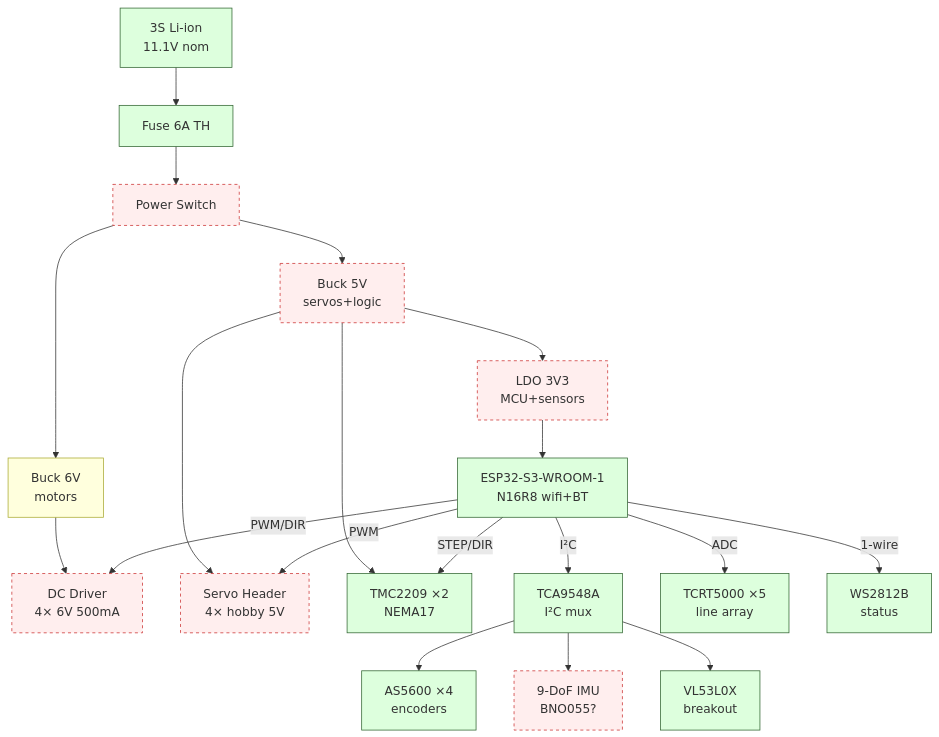
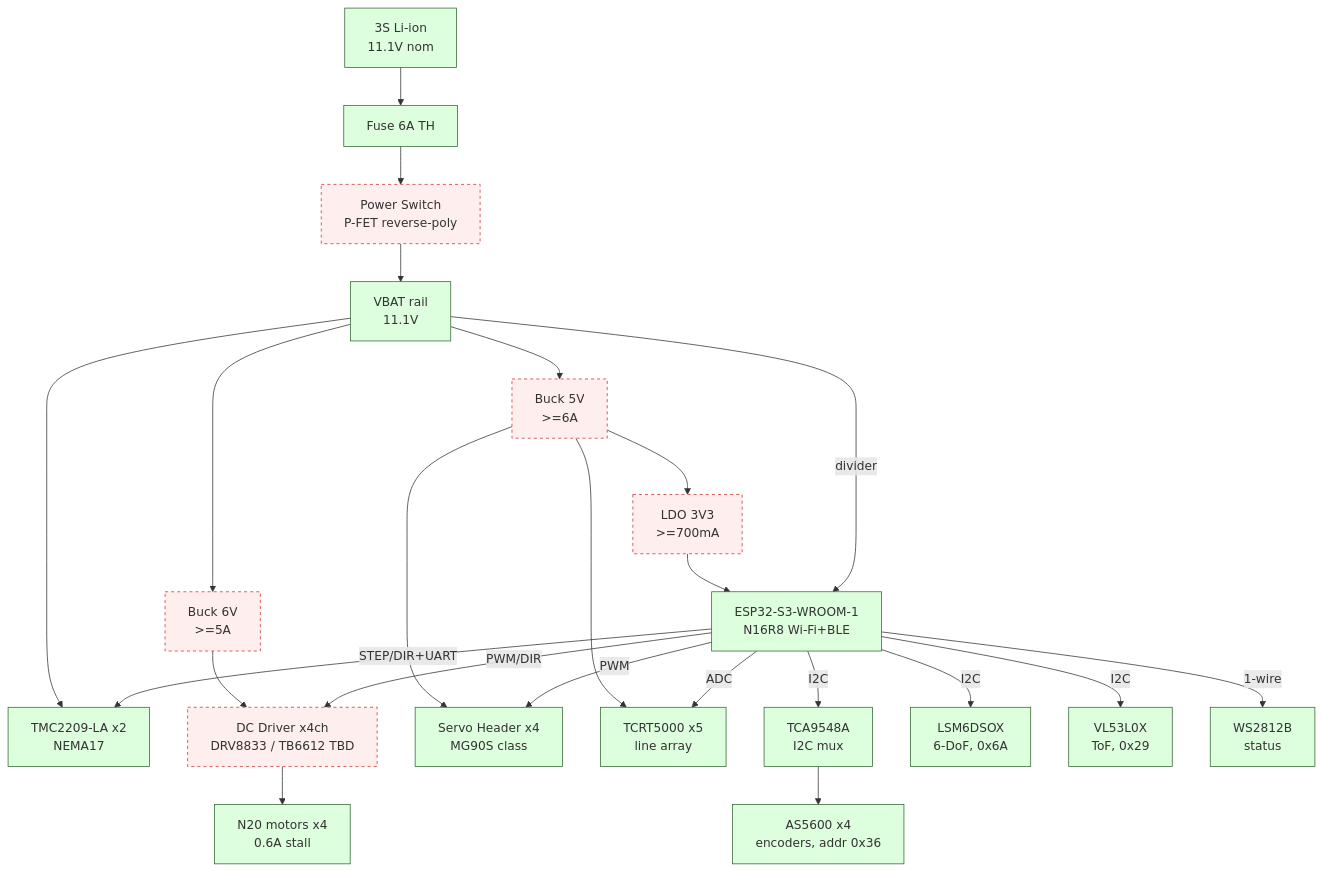
Before and after one commit to El-Guapo2024/hw-toolkit: the second of 2 diagrams in DESIGN_LIVE.md, drawn with Mermaid. The commit also changed other lines of this file and 34 other files, not shown here.

````diff
--- a/DESIGN_LIVE.md
+++ b/DESIGN_LIVE.md
@@ -27,28 +29,32 @@
 ```mermaid
 flowchart TD
   BAT[3S Li-ion<br/>11.1V nom]:::done --> FUSE[Fuse 6A TH]:::done
-  FUSE --> SW[Power Switch]:::tbd
-  SW --> BUCK6[Buck 6V<br/>motors]:::wip
-  SW --> BUCK5[Buck 5V<br/>servos+logic]:::tbd
-  BUCK5 --> LDO3[LDO 3V3<br/>MCU+sensors]:::tbd
+  FUSE --> SW[Power Switch<br/>P-FET reverse-poly]:::tbd
+  SW --> VBATR[VBAT rail<br/>11.1V]:::done
+  VBATR --> BUCK6[Buck 6V<br/>>=5A]:::tbd
+  VBATR --> BUCK5[Buck 5V<br/>>=6A]:::tbd
+  VBATR --> STP[TMC2209-LA x2<br/>NEMA17]:::done
+  BUCK5 --> LDO3[LDO 3V3<br/>>=700mA]:::tbd
 
-  LDO3 --> MCU[ESP32-S3-WROOM-1<br/>N16R8 wifi+BT]:::done
+  LDO3 --> MCU[ESP32-S3-WROOM-1<br/>N16R8 Wi-Fi+BLE]:::done
 
-  BUCK6 --> DC[DC Driver<br/>4× 6V 500mA]:::tbd
-  BUCK5 --> SRV[Servo Header<br/>4× hobby 5V]:::tbd
-  BUCK5 --> STP[TMC2209 ×2<br/>NEMA17]:::done
+  BUCK6 --> DC[DC Driver x4ch<br/>DRV8833 / TB6612 TBD]:::tbd
+  DC --> N20[N20 motors x4<br/>0.6A stall]:::done
+  BUCK5 --> SRV[Servo Header x4<br/>MG90S class]:::done
+  BUCK5 --> LINE[TCRT5000 x5<br/>line array]:::done
 
-  MCU -- I²C --> MUX[TCA9548A<br/>I²C mux]:::done
-  MUX --> ENC[AS5600 ×4<br/>encoders]:::done
-  MUX --> IMU[9-DoF IMU<br/>BNO055?]:::tbd
-  MUX --> TOF[VL53L0X<br/>breakout]:::done
+  MCU -- I2C --> MUX[TCA9548A<br/>I2C mux]:::done
+  MUX --> ENC[AS5600 x4<br/>encoders, addr 0x36]:::done
+  MCU -- I2C --> IMU[LSM6DSOX<br/>6-DoF, 0x6A]:::done
+  MCU -- I2C --> TOF[VL53L0X<br/>ToF, 0x29]:::done
   MCU -- PWM --> SRV
-  MCU -- STEP/DIR --> STP
+  MCU -- STEP/DIR+UART --> STP
   MCU -- PWM/DIR --> DC
-  MCU -- ADC --> LINE[TCRT5000 ×5<br/>line array]:::done
+  MCU -- ADC --> LINE
   MCU -- 1-wire --> LED[WS2812B<br/>status]:::done
+  VBATR -- divider --> MCU
 
   classDef tbd fill:#fee,stroke:#c33,stroke-dasharray:4
   classDef done fill:#dfd,stroke:#363
   classDef wip fill:#ffd,stroke:#aa3
 ```
````
